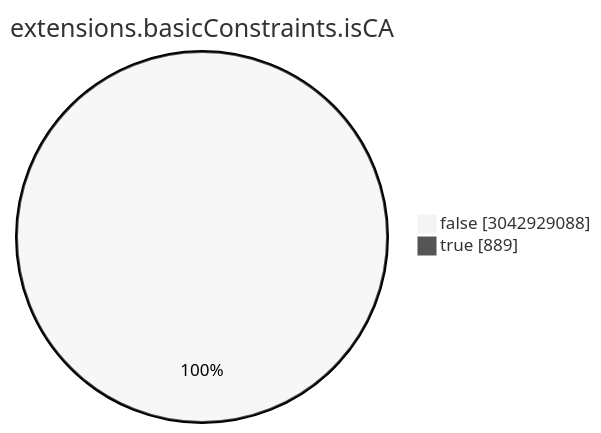
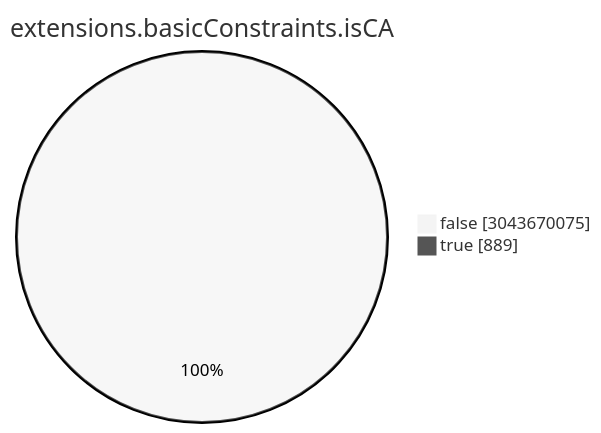
The seventh of 15 diagrams in TOTAL/README.md (christiankrug/ctmonitor_visualization), drawn with Mermaid (neutral theme) before and after one commit. The commit also changed other lines of this file, not shown here.

````diff
--- a/TOTAL/README.md
+++ b/TOTAL/README.md
@@ -3088,6 +3088,6 @@
 ```mermaid
 pie showData
 title extensions.basicConstraints.isCA
-"false" :3042929088
+"false" :3043670075
 "true" :889
 ```
````
